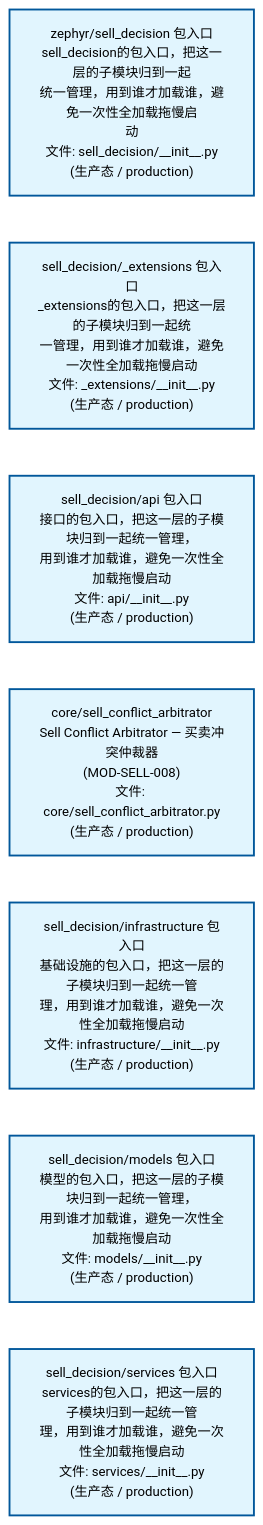
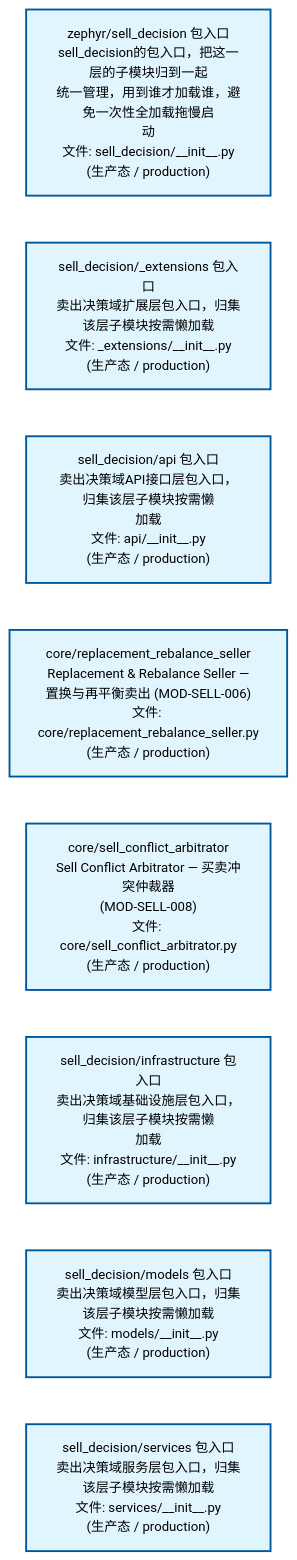
Before and after one commit to xuanFelixVan/ZephyrAlpha: the second of 4 diagrams in docs/02_enterprise_architecture/02_domain_architecture_docs/67_d_sell_decision.md, drawn with Mermaid. The commit also changed other lines of this file and 63 other files, not shown here.

````diff
--- a/docs/02_enterprise_architecture/02_domain_architecture_docs/67_d_sell_decision.md
+++ b/docs/02_enterprise_architecture/02_domain_architecture_docs/67_d_sell_decision.md
@@ -131,22 +134,24 @@
 ```mermaid
 %%{init: {'theme': 'base', 'themeVariables': {'primaryColor': '#eaeaea', 'primaryTextColor': '#333333', 'primaryBorderColor': '#666666', 'lineColor': '#666666', 'secondaryColor': '#eaeaea', 'tertiaryColor': '#eaeaea', 'fontSize': '14px'}}}%%
 flowchart TD
     src_zephyr_sell_decision_init_py["zephyr/sell_decision 包入口<br/>sell_decision的包入口，把这一层的子模块归到一起<br/>统一管理，用到谁才加载谁，避免一次性全加载拖慢启<br/>动<br/>文件: sell_decision/__init__.py<br/>(生产态 / production)"]
-    src_zephyr_sell_decision_extensions_init_py["sell_decision/_extensions 包入口<br/>_extensions的包入口，把这一层的子模块归到一起统<br/>一管理，用到谁才加载谁，避免一次性全加载拖慢启动<br/>文件: _extensions/__init__.py<br/>(生产态 / production)"]
-    src_zephyr_sell_decision_api_init_py["sell_decision/api 包入口<br/>接口的包入口，把这一层的子模块归到一起统一管理，<br/>用到谁才加载谁，避免一次性全加载拖慢启动<br/>文件: api/__init__.py<br/>(生产态 / production)"]
+    src_zephyr_sell_decision_extensions_init_py["sell_decision/_extensions 包入口<br/>卖出决策域扩展层包入口，归集该层子模块按需懒加载<br/>文件: _extensions/__init__.py<br/>(生产态 / production)"]
+    src_zephyr_sell_decision_api_init_py["sell_decision/api 包入口<br/>卖出决策域API接口层包入口，归集该层子模块按需懒<br/>加载<br/>文件: api/__init__.py<br/>(生产态 / production)"]
+    src_zephyr_sell_decision_core_replacement_rebalance_seller_py["core/replacement_rebalance_seller<br/>Replacement & Rebalance Seller —<br/>置换与再平衡卖出 (MOD-SELL-006)<br/>文件: core/replacement_rebalance_seller.py<br/>(生产态 / production)"]
     src_zephyr_sell_decision_core_sell_conflict_arbitrator_py["core/sell_conflict_arbitrator<br/>Sell Conflict Arbitrator — 买卖冲突仲裁器<br/>(MOD-SELL-008)<br/>文件: core/sell_conflict_arbitrator.py<br/>(生产态 / production)"]
-    src_zephyr_sell_decision_infrastructure_init_py["sell_decision/infrastructure 包入口<br/>基础设施的包入口，把这一层的子模块归到一起统一管<br/>理，用到谁才加载谁，避免一次性全加载拖慢启动<br/>文件: infrastructure/__init__.py<br/>(生产态 / production)"]
-    src_zephyr_sell_decision_models_init_py["sell_decision/models 包入口<br/>模型的包入口，把这一层的子模块归到一起统一管理，<br/>用到谁才加载谁，避免一次性全加载拖慢启动<br/>文件: models/__init__.py<br/>(生产态 / production)"]
-    src_zephyr_sell_decision_services_init_py["sell_decision/services 包入口<br/>services的包入口，把这一层的子模块归到一起统一管<br/>理，用到谁才加载谁，避免一次性全加载拖慢启动<br/>文件: services/__init__.py<br/>(生产态 / production)"]
+    src_zephyr_sell_decision_infrastructure_init_py["sell_decision/infrastructure 包入口<br/>卖出决策域基础设施层包入口，归集该层子模块按需懒<br/>加载<br/>文件: infrastructure/__init__.py<br/>(生产态 / production)"]
+    src_zephyr_sell_decision_models_init_py["sell_decision/models 包入口<br/>卖出决策域模型层包入口，归集该层子模块按需懒加载<br/>文件: models/__init__.py<br/>(生产态 / production)"]
+    src_zephyr_sell_decision_services_init_py["sell_decision/services 包入口<br/>卖出决策域服务层包入口，归集该层子模块按需懒加载<br/>文件: services/__init__.py<br/>(生产态 / production)"]
     src_zephyr_sell_decision_init_py ~~~ src_zephyr_sell_decision_extensions_init_py
     src_zephyr_sell_decision_extensions_init_py ~~~ src_zephyr_sell_decision_api_init_py
-    src_zephyr_sell_decision_api_init_py ~~~ src_zephyr_sell_decision_core_sell_conflict_arbitrator_py
+    src_zephyr_sell_decision_api_init_py ~~~ src_zephyr_sell_decision_core_replacement_rebalance_seller_py
+    src_zephyr_sell_decision_core_replacement_rebalance_seller_py ~~~ src_zephyr_sell_decision_core_sell_conflict_arbitrator_py
     src_zephyr_sell_decision_core_sell_conflict_arbitrator_py ~~~ src_zephyr_sell_decision_infrastructure_init_py
     src_zephyr_sell_decision_infrastructure_init_py ~~~ src_zephyr_sell_decision_models_init_py
     src_zephyr_sell_decision_models_init_py ~~~ src_zephyr_sell_decision_services_init_py
     classDef production fill:#e1f5fe,stroke:#01579b,stroke-width:2px,color:#000
     classDef design fill:#fff3e0,stroke:#e65100,stroke-width:2px,color:#000,stroke-dasharray: 5 5
     classDef external_prod fill:#e8f4fd,stroke:#0277bd,stroke-width:1px,color:#000
     classDef external_design fill:#fff8e7,stroke:#ef6c00,stroke-width:1px,color:#000,stroke-dasharray: 5 5
-    class src_zephyr_sell_decision_init_py,src_zephyr_sell_decision_extensions_init_py,src_zephyr_sell_decision_api_init_py,src_zephyr_sell_decision_core_sell_conflict_arbitrator_py,src_zephyr_sell_decision_infrastructure_init_py,src_zephyr_sell_decision_models_init_py,src_zephyr_sell_decision_services_init_py production
+    class src_zephyr_sell_decision_init_py,src_zephyr_sell_decision_extensions_init_py,src_zephyr_sell_decision_api_init_py,src_zephyr_sell_decision_core_replacement_rebalance_seller_py,src_zephyr_sell_decision_core_sell_conflict_arbitrator_py,src_zephyr_sell_decision_infrastructure_init_py,src_zephyr_sell_decision_models_init_py,src_zephyr_sell_decision_services_init_py production
 ```
````
